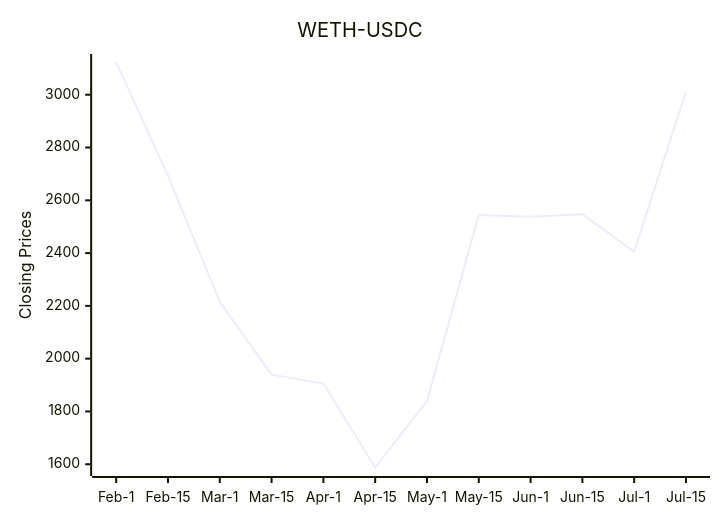
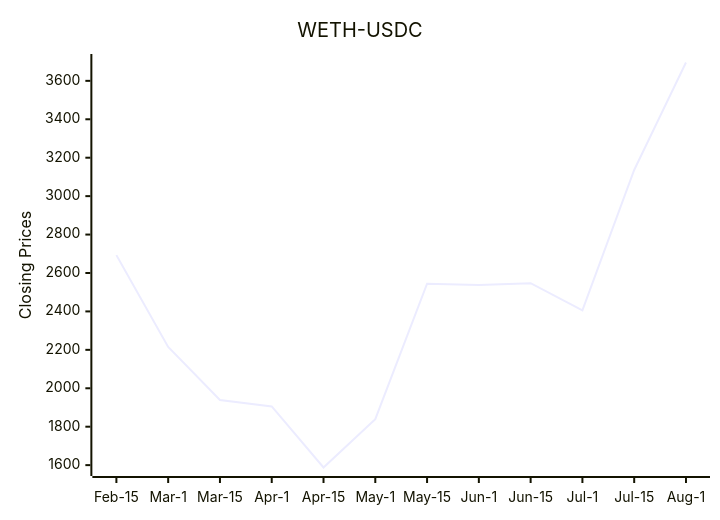
One commit to bicced/ReadmeCryptoPriceChart changed the diagram in README.md. Above: the diagram before and after it, drawn with Mermaid.

Commit message:
Update README with latest DEX data

````diff
--- a/README.md
+++ b/README.md
@@ -6,7 +6,7 @@
 ```mermaid
 xychart-beta
   title "WETH-USDC"
-  x-axis [Feb-1,Feb-15,Mar-1,Mar-15,Apr-1,Apr-15,May-1,May-15,Jun-1,Jun-15,Jul-1,Jul-15]
-  y-axis "Closing Prices" 1587.66 --> 3122.15
-  line [3122.15,2693.01,2215.45,1939.29,1905.62,1587.66,1839.06,2544.38,2538.04,2547.02,2405.73,3011.79]
+  x-axis [Feb-15,Mar-1,Mar-15,Apr-1,Apr-15,May-1,May-15,Jun-1,Jun-15,Jul-1,Jul-15,Aug-1]
+  y-axis "Closing Prices" 1587.66 --> 3695.50448596266
+  line [2693.01,2215.45,1939.29,1905.62,1587.66,1839.06,2544.38,2538.04,2547.02,2405.73,3136.3,3695.50448596266]
 ```
````
